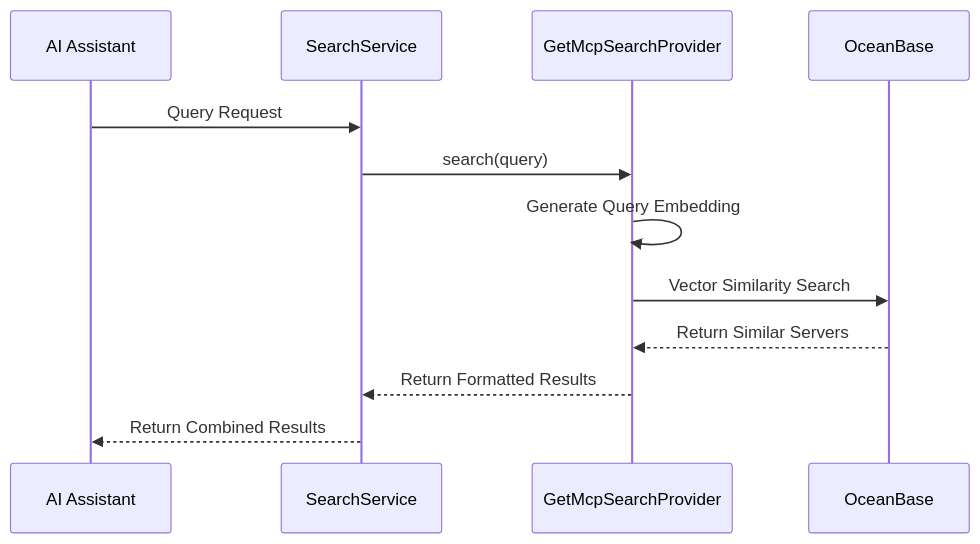
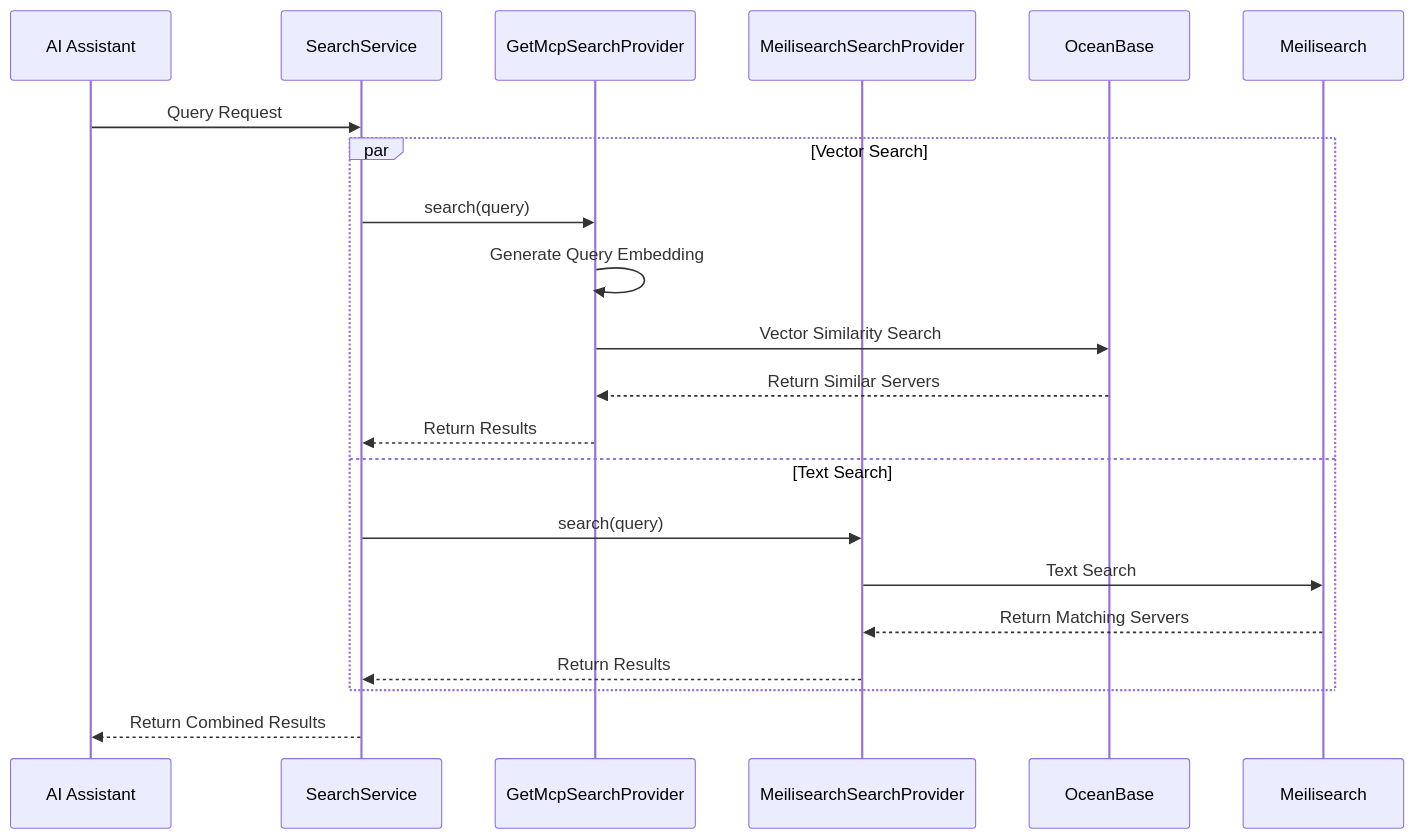
Before and after one commit to OI-OS/OI-mcpadvisor: the second of 2 diagrams in README.md, drawn with Mermaid. The commit also changed other lines of this file and 20 other files, not shown here.

````diff
--- a/README.md
+++ b/README.md
@@ -66,16 +72,26 @@
 ```mermaid
 sequenceDiagram
     participant Client as AI Assistant
     participant Service as SearchService
-    participant Provider as GetMcpSearchProvider
-    participant DB as OceanBase
+    participant Provider1 as GetMcpSearchProvider
+    participant Provider2 as MeilisearchSearchProvider
+    participant DB1 as OceanBase
+    participant DB2 as Meilisearch
 
     Client->>Service: Query Request
-    Service->>Provider: search(query)
     
-    Provider->>Provider: Generate Query Embedding
-    Provider->>DB: Vector Similarity Search
-    DB-->>Provider: Return Similar Servers
-    Provider-->>Service: Return Formatted Results
+    par Vector Search
+        Service->>Provider1: search(query)
+        Provider1->>Provider1: Generate Query Embedding
+        Provider1->>DB1: Vector Similarity Search
+        DB1-->>Provider1: Return Similar Servers
+        Provider1-->>Service: Return Results
+    and Text Search
+        Service->>Provider2: search(query)
+        Provider2->>DB2: Text Search
+        DB2-->>Provider2: Return Matching Servers
+        Provider2-->>Service: Return Results
+    end
+    
     Service-->>Client: Return Combined Results
 ```
````
